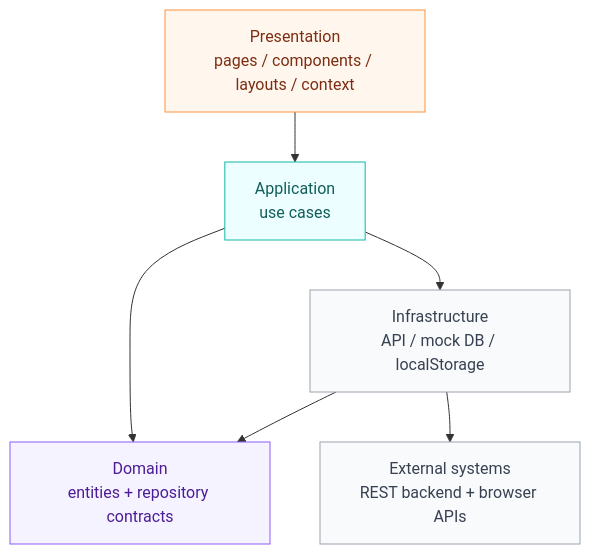
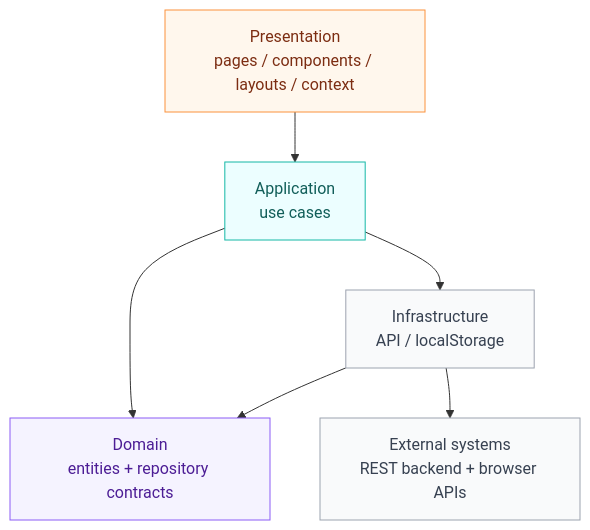
Before and after one commit to AstouMba/Frontend-YaayDoom: the diagram in README.md, drawn with Mermaid. The commit also changed other lines of this file and 15 other files, not shown here.

````diff
--- a/README.md
+++ b/README.md
@@ -73,17 +73,17 @@
 ```mermaid
 flowchart TB
   classDef presentation fill:#fff7ed,stroke:#fb923c,color:#7c2d12;
   classDef application fill:#ecfeff,stroke:#14b8a6,color:#115e59;
   classDef domain fill:#f5f3ff,stroke:#8b5cf6,color:#4c1d95;
   classDef infrastructure fill:#f9fafb,stroke:#9ca3af,color:#374151;
 
   UI["Presentation\npages / components / layouts / context"]:::presentation
   APP["Application\nuse cases"]:::application
   DOM["Domain\nentities + repository contracts"]:::domain
-  INF["Infrastructure\nAPI / mock DB / localStorage"]:::infrastructure
+  INF["Infrastructure\nAPI / localStorage"]:::infrastructure
   EXT["External systems\nREST backend + browser APIs"]:::infrastructure
 
   UI --> APP --> DOM
   APP --> INF --> EXT
   INF --> DOM
 ```
````
